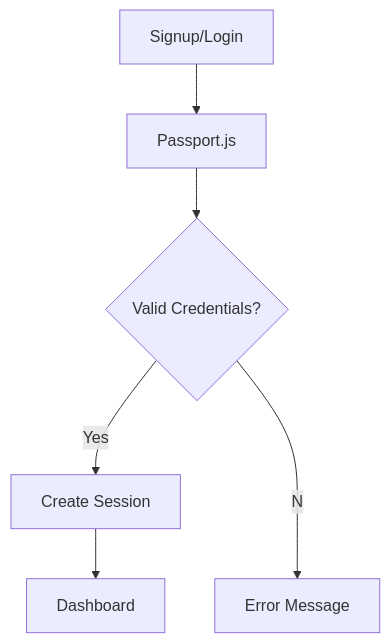
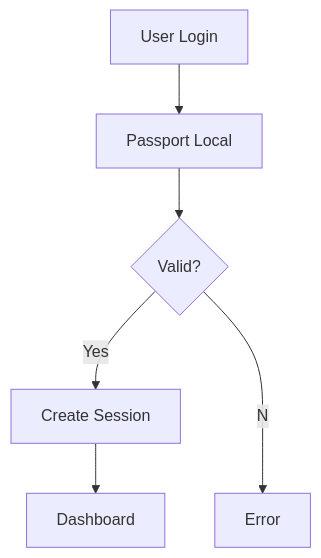
Before and after one commit to sandeepkumaryadav05/majorproject: the fourth of 6 diagrams in README.md, drawn with Mermaid. The commit also changed other lines of this file, not shown here.

````diff
--- a/README.md
+++ b/README.md
@@ -133,9 +108,9 @@
-``` mermaid
+```mermaid
 flowchart TD
-A[Signup/Login]
--->B[Passport.js]
-B-->C{Valid Credentials?}
+A[User Login]
+-->B[Passport Local]
+B-->C{Valid?}
 C--Yes-->D[Create Session]
 D-->E[Dashboard]
-C--No-->F[Error Message]
+C--No-->F[Error]
 ```
````
